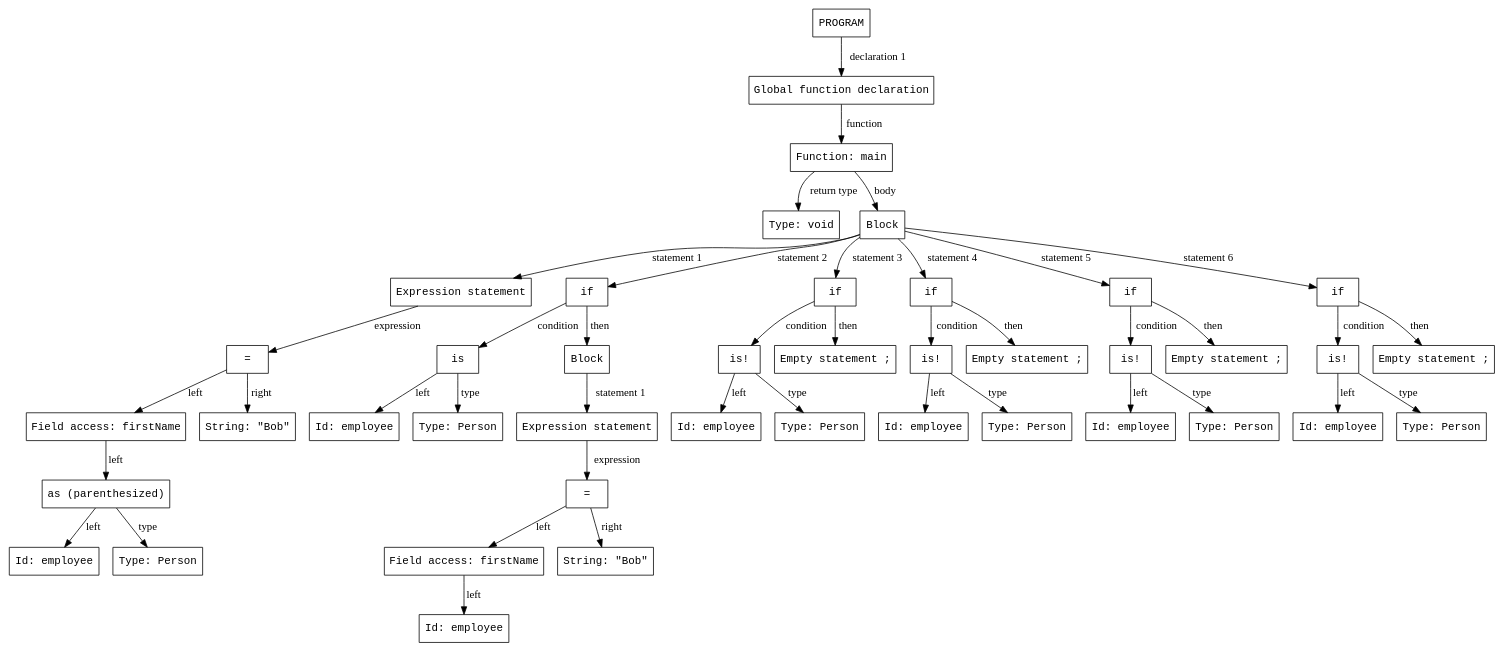
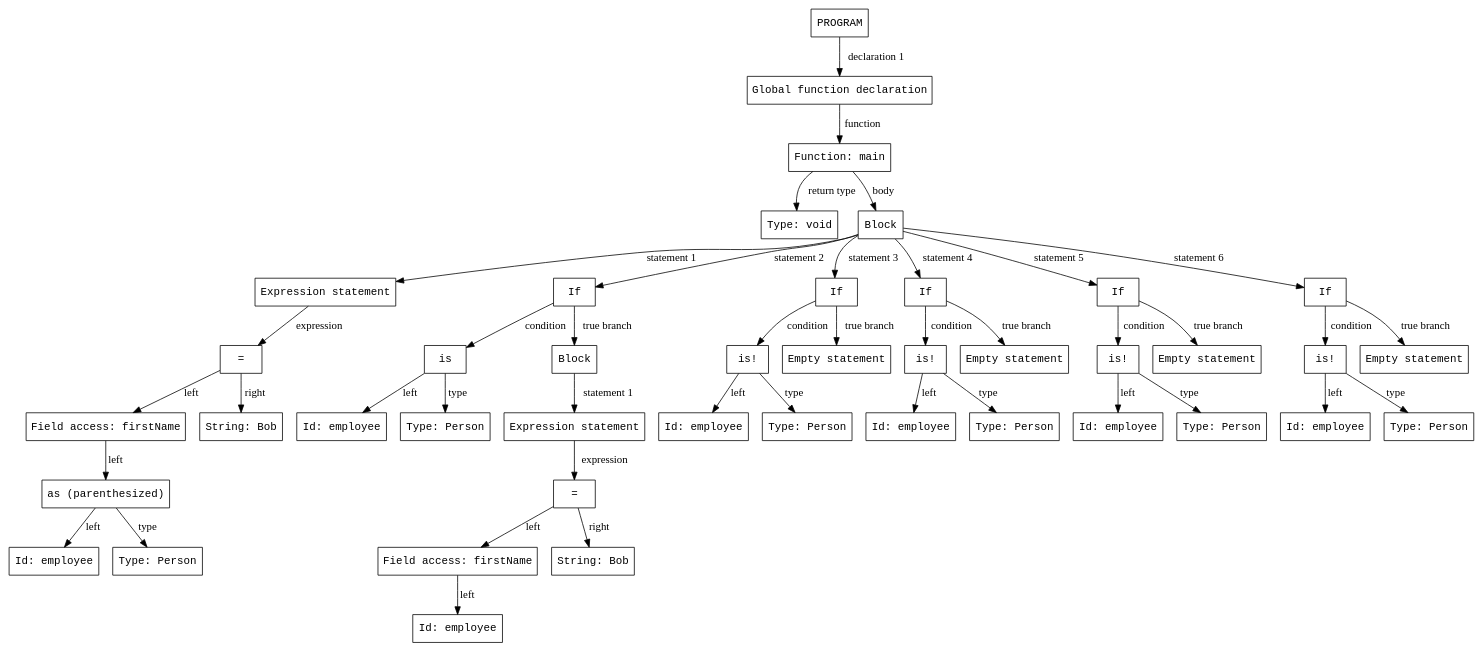
The diagram in test_parser/is_as_test/output.dot (chertov-bolvan/dart-compiler), drawn with Graphviz before and after one commit. The commit also changed 16 other files, not shown here.

```diff
--- a/test_parser/is_as_test/output.dot
+++ b/test_parser/is_as_test/output.dot
@@ -1,97 +1,97 @@
   
     
 
     
     
 
 
    
     
    
 
      
 digraph {
 41 [label="PROGRAM" fontname="courier" shape=rect];
 41 -> 40 [label="declaration 1"];
 40 [label="Global function declaration" fontname="courier" shape=rect];
 40 -> 39 [label="function"];
 39 [label="Function: main" fontname="courier" shape=rect];
 39 -> 38 [label="return type"];
 38 [label="Type: void" fontname="courier" shape=rect];
 39 -> 37 [label="body"];
 37 [label="Block" fontname="courier" shape=rect];
 37 -> 6 [label="statement 1"];
 6 [label="Expression statement" fontname="courier" shape=rect];
 6 -> 5 [label="expression"];
 5 [label="=" fontname="courier" shape=rect];
 5 -> 3 [label="left"];
 3 [label="Field access: firstName" fontname="courier" shape=rect];
 3 -> 2 [label="left"];
 2 [label="as (parenthesized)" fontname="courier" shape=rect];
 2 -> 0 [label="left"];
 0 [label="Id: employee" fontname="courier" shape=rect];
 2 -> 1 [label="type"];
 1 [label="Type: Person" fontname="courier" shape=rect];
 5 -> 4 [label="right"];
-4 [label="String: \"Bob\"" fontname="courier" shape=rect];
+4 [label="String: Bob" fontname="courier" shape=rect];
 37 -> 16 [label="statement 2"];
-16 [label="if" fontname="courier" shape=rect];
+16 [label="If" fontname="courier" shape=rect];
 16 -> 9 [label="condition"];
 9 [label="is" fontname="courier" shape=rect];
 9 -> 7 [label="left"];
 7 [label="Id: employee" fontname="courier" shape=rect];
 9 -> 8 [label="type"];
 8 [label="Type: Person" fontname="courier" shape=rect];
-16 -> 15 [label="then"];
+16 -> 15 [label="true branch"];
 15 [label="Block" fontname="courier" shape=rect];
 15 -> 14 [label="statement 1"];
 14 [label="Expression statement" fontname="courier" shape=rect];
 14 -> 13 [label="expression"];
 13 [label="=" fontname="courier" shape=rect];
 13 -> 11 [label="left"];
 11 [label="Field access: firstName" fontname="courier" shape=rect];
 11 -> 10 [label="left"];
 10 [label="Id: employee" fontname="courier" shape=rect];
 13 -> 12 [label="right"];
-12 [label="String: \"Bob\"" fontname="courier" shape=rect];
+12 [label="String: Bob" fontname="courier" shape=rect];
 37 -> 21 [label="statement 3"];
-21 [label="if" fontname="courier" shape=rect];
+21 [label="If" fontname="courier" shape=rect];
 21 -> 19 [label="condition"];
 19 [label="is!" fontname="courier" shape=rect];
 19 -> 17 [label="left"];
 17 [label="Id: employee" fontname="courier" shape=rect];
 19 -> 18 [label="type"];
 18 [label="Type: Person" fontname="courier" shape=rect];
-21 -> 20 [label="then"];
-20 [label="Empty statement ;" fontname="courier" shape=rect];
+21 -> 20 [label="true branch"];
+20 [label="Empty statement" fontname="courier" shape=rect];
 37 -> 26 [label="statement 4"];
-26 [label="if" fontname="courier" shape=rect];
+26 [label="If" fontname="courier" shape=rect];
 26 -> 24 [label="condition"];
 24 [label="is!" fontname="courier" shape=rect];
 24 -> 22 [label="left"];
 22 [label="Id: employee" fontname="courier" shape=rect];
 24 -> 23 [label="type"];
 23 [label="Type: Person" fontname="courier" shape=rect];
-26 -> 25 [label="then"];
-25 [label="Empty statement ;" fontname="courier" shape=rect];
+26 -> 25 [label="true branch"];
+25 [label="Empty statement" fontname="courier" shape=rect];
 37 -> 31 [label="statement 5"];
-31 [label="if" fontname="courier" shape=rect];
+31 [label="If" fontname="courier" shape=rect];
 31 -> 29 [label="condition"];
 29 [label="is!" fontname="courier" shape=rect];
 29 -> 27 [label="left"];
 27 [label="Id: employee" fontname="courier" shape=rect];
 29 -> 28 [label="type"];
 28 [label="Type: Person" fontname="courier" shape=rect];
-31 -> 30 [label="then"];
-30 [label="Empty statement ;" fontname="courier" shape=rect];
+31 -> 30 [label="true branch"];
+30 [label="Empty statement" fontname="courier" shape=rect];
 37 -> 36 [label="statement 6"];
-36 [label="if" fontname="courier" shape=rect];
+36 [label="If" fontname="courier" shape=rect];
 36 -> 34 [label="condition"];
 34 [label="is!" fontname="courier" shape=rect];
 34 -> 32 [label="left"];
 32 [label="Id: employee" fontname="courier" shape=rect];
 34 -> 33 [label="type"];
 33 [label="Type: Person" fontname="courier" shape=rect];
-36 -> 35 [label="then"];
-35 [label="Empty statement ;" fontname="courier" shape=rect];
+36 -> 35 [label="true branch"];
+35 [label="Empty statement" fontname="courier" shape=rect];
 }
```
